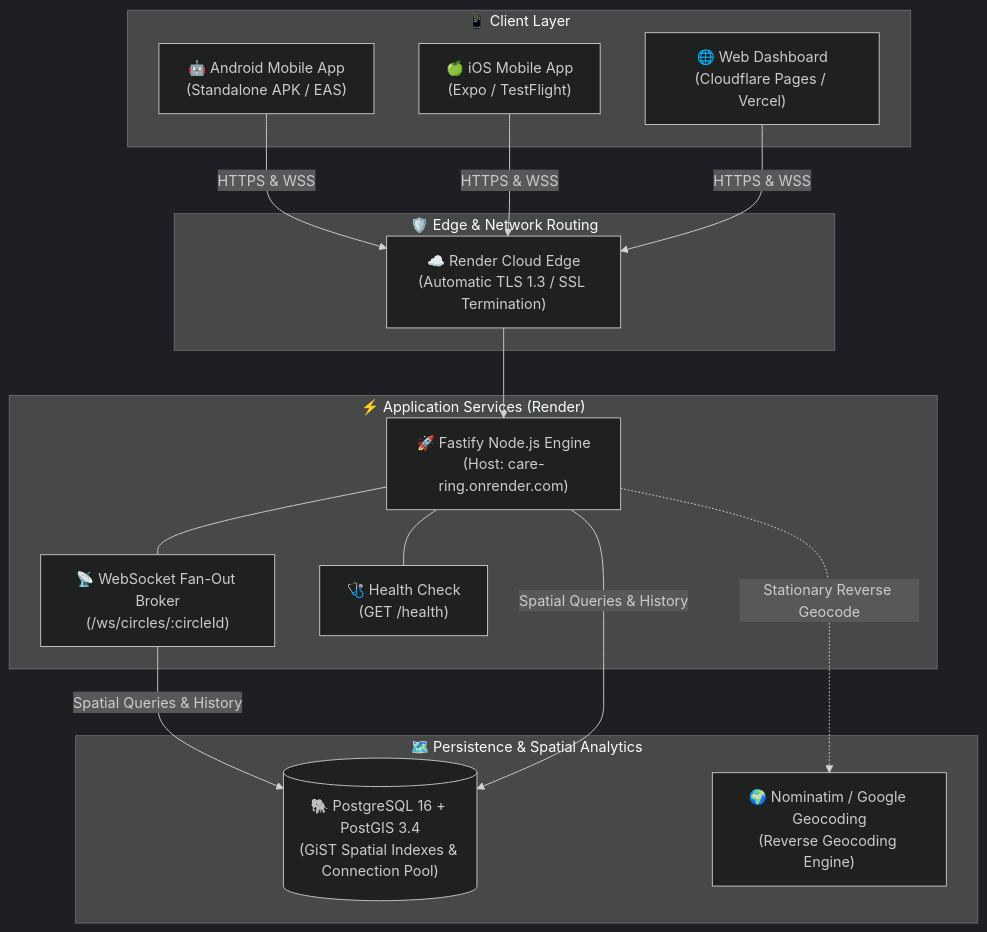
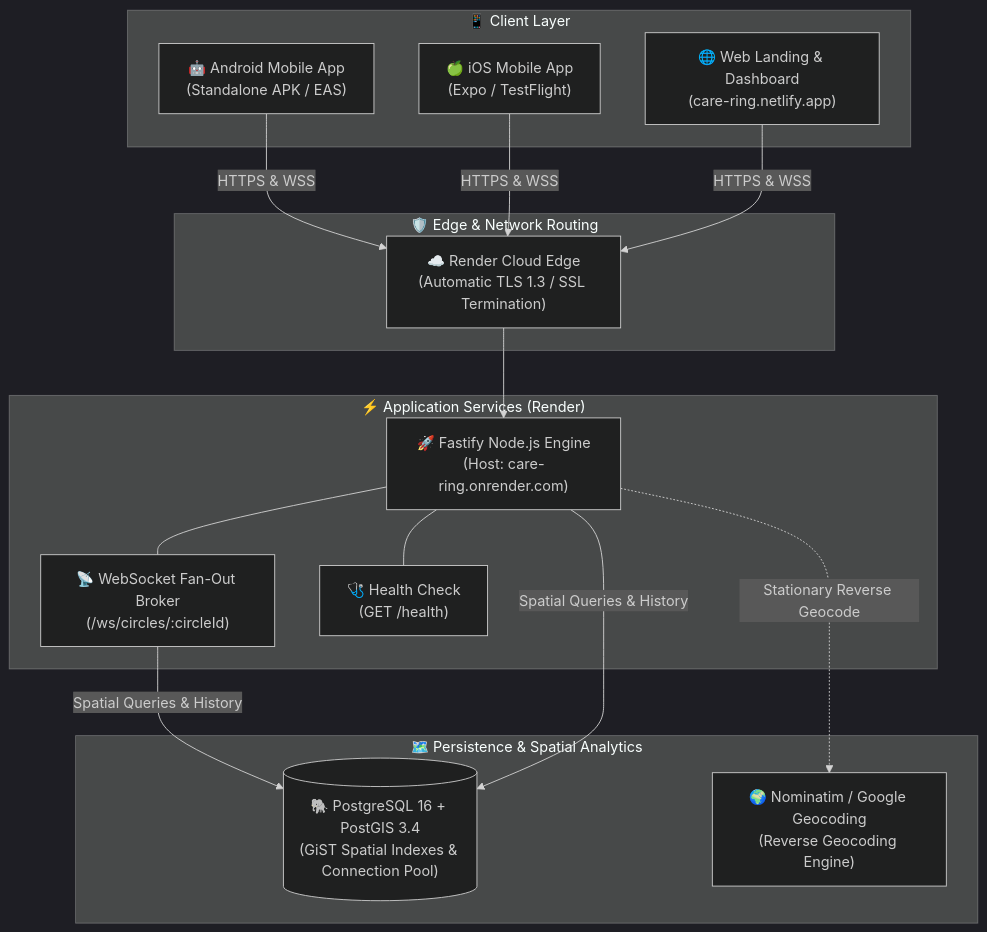
Before and after one commit to sahsisunny/care-ring: the first of 2 diagrams in README.md, drawn with Mermaid (dark theme). The commit also changed other lines of this file and 12 other files, not shown here.

````diff
--- a/README.md
+++ b/README.md
@@ -94,30 +95,30 @@
 ```mermaid
 flowchart TD
     subgraph Clients ["📱 Client Layer"]
         AndroidApp["🤖 Android Mobile App\n(Standalone APK / EAS)"]
         iOSApp["🍏 iOS Mobile App\n(Expo / TestFlight)"]
-        WebDash["🌐 Web Dashboard\n(Cloudflare Pages / Vercel)"]
+        WebDash["🌐 Web Landing & Dashboard\n(care-ring.netlify.app)"]
     end
 
     subgraph CloudEdge ["🛡️ Edge & Network Routing"]
         RenderEdge["☁️ Render Cloud Edge\n(Automatic TLS 1.3 / SSL Termination)"]
     end
 
     subgraph Compute ["⚡ Application Services (Render)"]
         FastifyAPI["🚀 Fastify Node.js Engine\n(Host: care-ring.onrender.com)"]
         WSGateway["📡 WebSocket Fan-Out Broker\n(/ws/circles/:circleId)"]
         HealthRoute["🩺 Health Check\n(GET /health)"]
     end
 
     subgraph Data ["🗺️ Persistence & Spatial Analytics"]
         PostGIS[("🐘 PostgreSQL 16 + PostGIS 3.4\n(GiST Spatial Indexes & Connection Pool)")]
         Nominatim["🌍 Nominatim / Google Geocoding\n(Reverse Geocoding Engine)"]
     end
 
     AndroidApp & iOSApp & WebDash -->|HTTPS & WSS| RenderEdge
     RenderEdge --> FastifyAPI
     FastifyAPI --- WSGateway
     FastifyAPI --- HealthRoute
     WSGateway & FastifyAPI -->|Spatial Queries & History| PostGIS
     FastifyAPI -.->|Stationary Reverse Geocode| Nominatim
 ```
````
